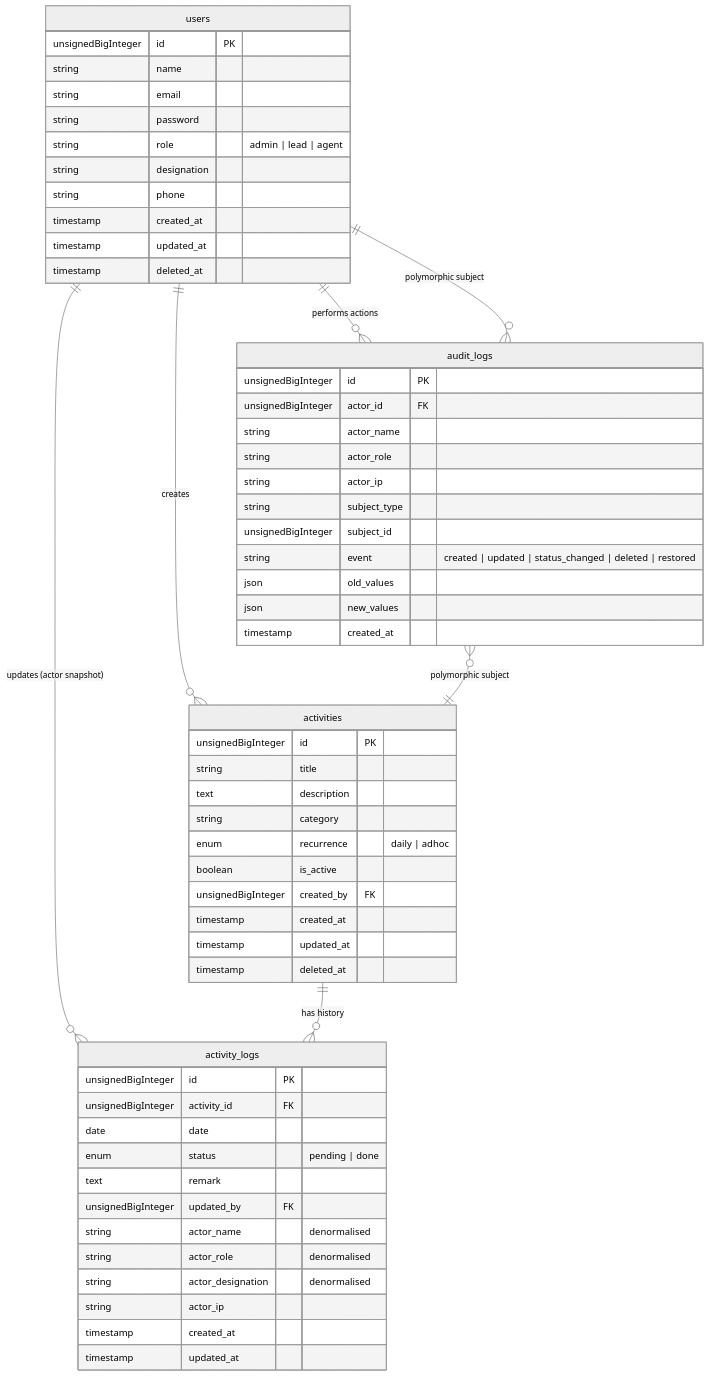
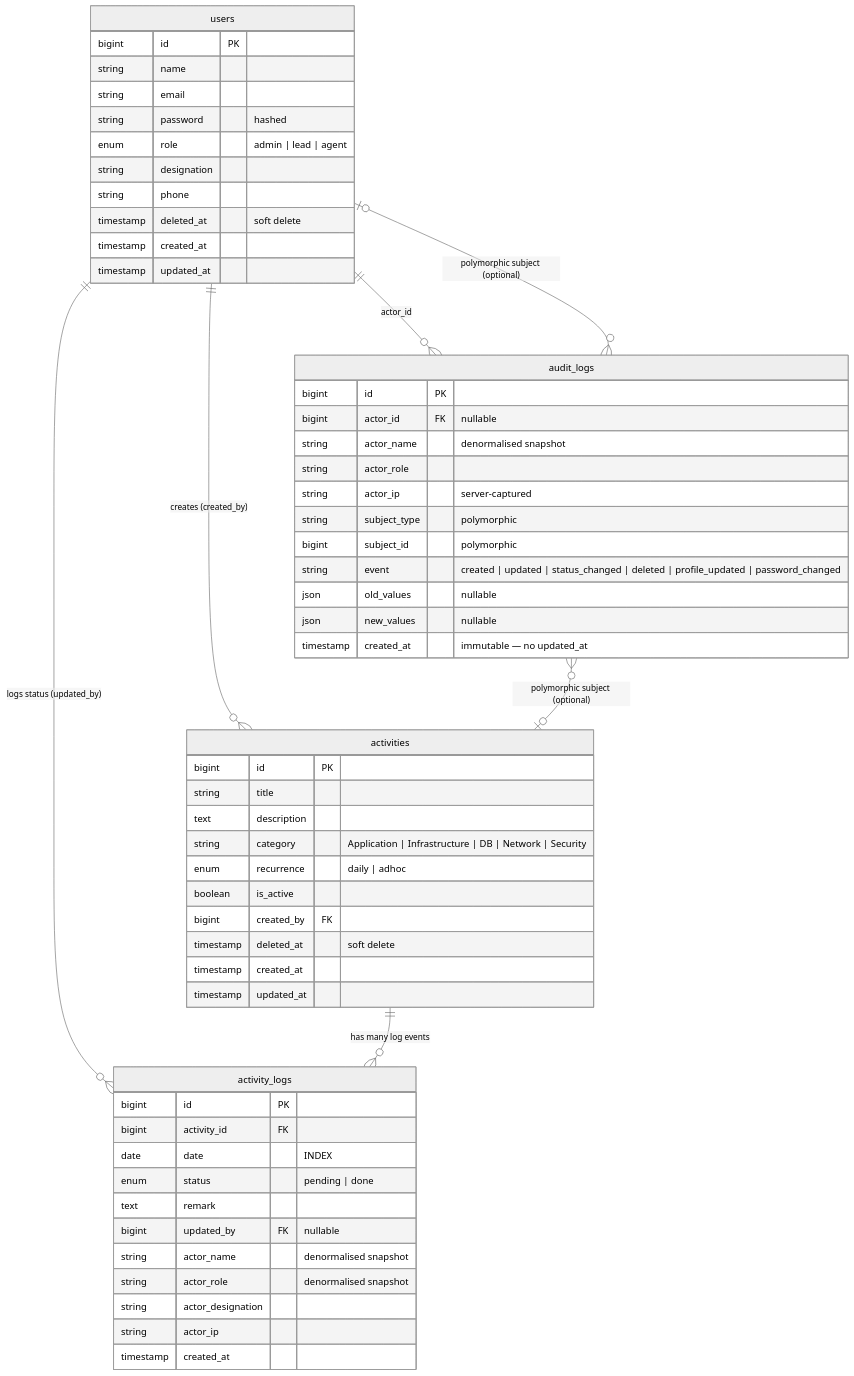
The first of 8 diagrams in docs/architecture.md (mhiskall282/npontu-technologies-sre), drawn with Mermaid (neutral theme) before and after one commit. The commit also changed other lines of this file and 4 other files, not shown here.

Commit message:
feat: add SRE monitoring dashboard with audit stream, charts, alerts and update docs/architecture.md with 8 Mermaid diagrams

````diff
--- a/docs/architecture.md
+++ b/docs/architecture.md
@@ -11,66 +13,65 @@
 ```mermaid
 erDiagram
-    users ||--o{ activities : "creates"
-    users ||--o{ activity_logs : "updates (actor snapshot)"
-    users ||--o{ audit_logs : "performs actions"
+    users ||--o{ activities : "creates (created_by)"
+    users ||--o{ activity_logs : "logs status (updated_by)"
+    users ||--o{ audit_logs : "actor_id"
 
-    activities ||--o{ activity_logs : "has history"
+    activities ||--o{ activity_logs : "has many log events"
 
-    audit_logs }o--|| activities : "polymorphic subject"
-    audit_logs }o--|| users : "polymorphic subject"
+    audit_logs }o--o| activities : "polymorphic subject (optional)"
+    audit_logs }o--o| users : "polymorphic subject (optional)"
 
     users {
-        unsignedBigInteger id PK
+        bigint id PK
         string name
         string email
-        string password
-        string role "admin | lead | agent"
+        string password "hashed"
+        enum role "admin | lead | agent"
         string designation
         string phone
-        timestamp created_at
-        timestamp updated_at
-        timestamp deleted_at
-    }
-
-    activities {
-        unsignedBigInteger id PK
-        string title
-        text description
-        string category
-        enum recurrence "daily | adhoc"
-        boolean is_active
-        unsignedBigInteger created_by FK
-        timestamp created_at
-        timestamp updated_at
-        timestamp deleted_at
-    }
-
-    activity_logs {
-        unsignedBigInteger id PK
-        unsignedBigInteger activity_id FK
-        date date
-        enum status "pending | done"
-        text remark
-        unsignedBigInteger updated_by FK
-        string actor_name "denormalised"
-        string actor_role "denormalised"
-        string actor_designation "denormalised"
-        string actor_ip
+        timestamp deleted_at "soft delete"
         timestamp created_at
         timestamp updated_at
     }
 
-    audit_logs {
-        unsignedBigInteger id PK
-        unsignedBigInteger actor_id FK
-        string actor_name
-        string actor_role
+    activities {
+        bigint id PK
+        string title
+        text description
+        string category "Application | Infrastructure | DB | Network | Security"
+        enum recurrence "daily | adhoc"
+        boolean is_active
+        bigint created_by FK
+        timestamp deleted_at "soft delete"
+        timestamp created_at
+        timestamp updated_at
+    }
+
+    activity_logs {
+        bigint id PK
+        bigint activity_id FK
+        date date "INDEX"
+        enum status "pending | done"
+        text remark
+        bigint updated_by FK "nullable"
+        string actor_name "denormalised snapshot"
+        string actor_role "denormalised snapshot"
+        string actor_designation
         string actor_ip
-        string subject_type
-        unsignedBigInteger subject_id
-        string event "created | updated | status_changed | deleted | restored"
-        json old_values
-        json new_values
         timestamp created_at
     }
+
+    audit_logs {
+        bigint id PK
+        bigint actor_id FK "nullable"
+        string actor_name "denormalised snapshot"
+        string actor_role
+        string actor_ip "server-captured"
+        string subject_type "polymorphic"
+        bigint subject_id "polymorphic"
+        string event "created | updated | status_changed | deleted | profile_updated | password_changed"
+        json old_values "nullable"
+        json new_values "nullable"
+        timestamp created_at "immutable — no updated_at"
+    }
 ```
````
